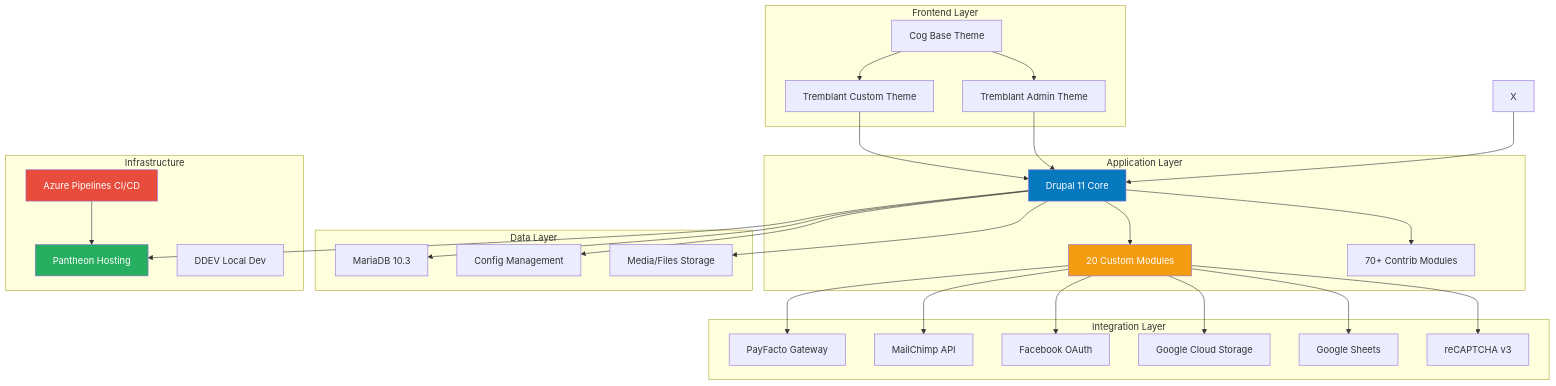
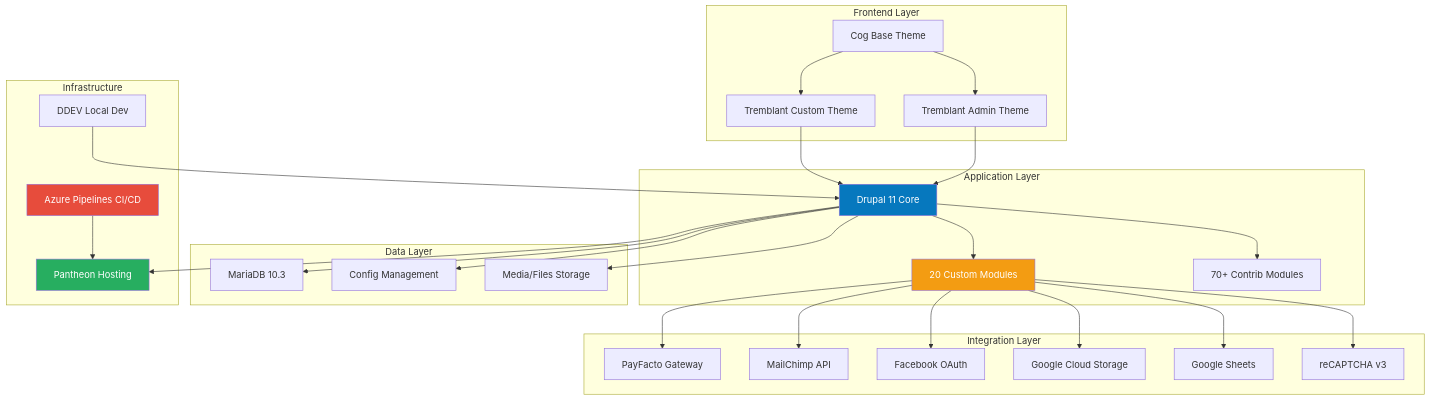
The first of 2 diagrams in README.md (kmessier98/24h-tremblant-docs), drawn with Mermaid before and after one commit. The commit also changed other lines of this file, not shown here.

````diff
--- a/README.md
+++ b/README.md
@@ -53,59 +60,59 @@
 ```mermaid
 graph TB
     subgraph "Frontend Layer"
         A[Tremblant Custom Theme]
         B[Tremblant Admin Theme]
         C[Cog Base Theme]
     end
     
     subgraph "Application Layer"
         D[Drupal 11 Core]
         E[20 Custom Modules]
         F[70+ Contrib Modules]
     end
     
     subgraph "Data Layer"
         G[MariaDB 10.3]
         H[Config Management]
         I[Media/Files Storage]
     end
     
     subgraph "Integration Layer"
         J[PayFacto Gateway]
         K[MailChimp API]
         L[Facebook OAuth]
         M[Google Cloud Storage]
         N[Google Sheets]
         O[reCAPTCHA v3]
     end
     
     subgraph "Infrastructure"
         P[Pantheon Hosting]
         Q[Azure Pipelines CI/CD]
         R[DDEV Local Dev]
     end
     
     A --> D
     B --> D
     C --> A
     C --> B
     D --> E
     D --> F
     D --> G
     D --> H
     D --> I
     E --> J
     E --> K
     E --> L
     E --> M
     E --> N
     E --> O
     D --> P
     Q --> P
-    X --> D
+    R --> D
     
     style D fill:#0678be,color:#fff
     style E fill:#f39c12,color:#fff
     style P fill:#27ae60,color:#fff
     style Q fill:#e74c3c,color:#fff
 ```
````
